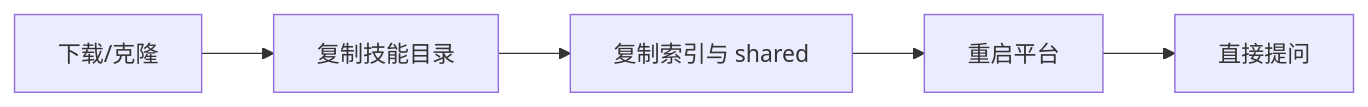
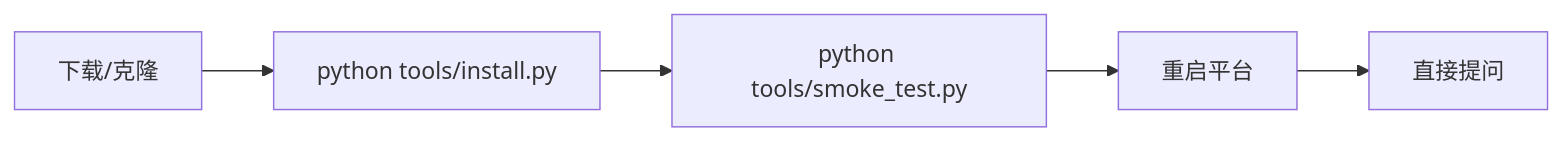
Before and after one commit to eiway112/prefab-interior-agent: the fifth of 5 diagrams in README.md, drawn with Mermaid. The commit also changed other lines of this file and 8 other files, not shown here.

````diff
--- a/README.md
+++ b/README.md
@@ -214,7 +229,7 @@
 ```mermaid
 flowchart LR
-    D["下载/克隆"] --> C["复制技能目录"]
-    C --> S["复制索引与 shared"]
+    D["下载/克隆"] --> I["python tools/install.py"]
+    I --> S["python tools/smoke_test.py"]
     S --> R["重启平台"]
     R --> Q["直接提问"]
 ```
````
